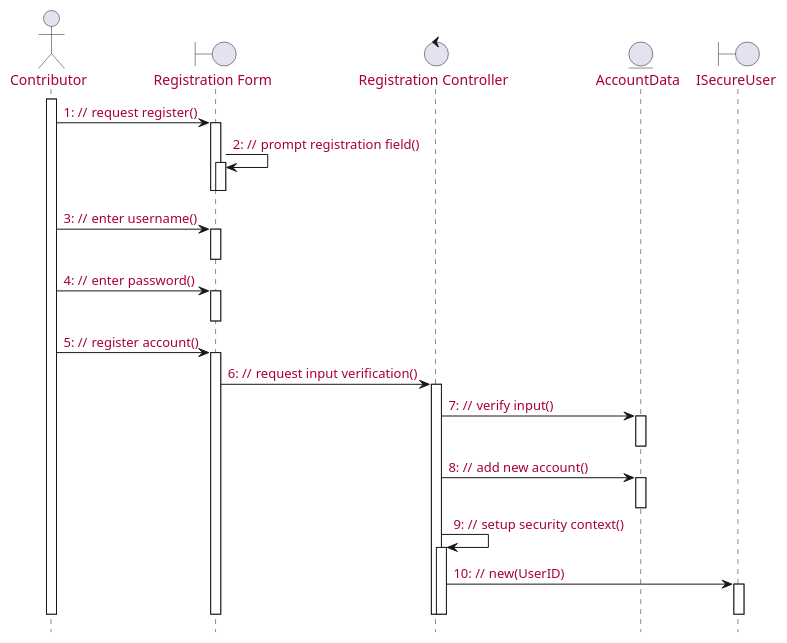
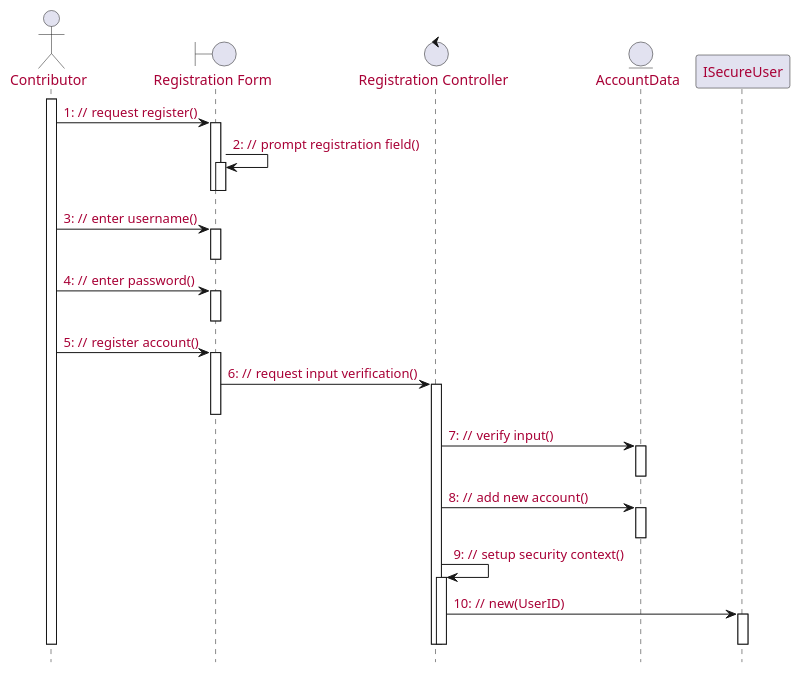
One commit to McSinyx/ipppi changed the second of 6 diagrams in source/solution/use-case-design.rst. Above: the diagram before and after it, drawn with PlantUML. The commit also changed other lines of this file, not shown here.

```diff
--- a/source/solution/use-case-design.rst
+++ b/source/solution/use-case-design.rst
@@ -47,35 +47,35 @@
 .. uml::
 
    skinparam defaultFontColor #a80036
    autonumber "#: //"
    autoactivate on
    hide footbox
 
    actor Contributor
    boundary "Registration Form" as RF
    control "Registration Controller" as RC
    entity AccountData
-   boundary ISecureUser
+   participant ISecureUser
 
    activate Contributor
    Contributor -> RF : request register()
    RF -> RF : prompt registration field()
    deactivate RF
    deactivate RF
    Contributor -> RF : enter username()
    deactivate RF
    Contributor -> RF : enter password()
    deactivate RF
    Contributor -> RF : register account()
    RF -> RC : request input verification()
+   deactivate RF
    RC -> AccountData : verify input()
    deactivate AccountData
    RC -> AccountData : add new account()
    deactivate AccountData   
    RC -> RC : setup security context()
    RC -> ISecureUser : new(UserID)
    deactivate ISecureUser
    deactivate RC
    deactivate RC   
-   deactivate RF
    deactivate Contributor
```
